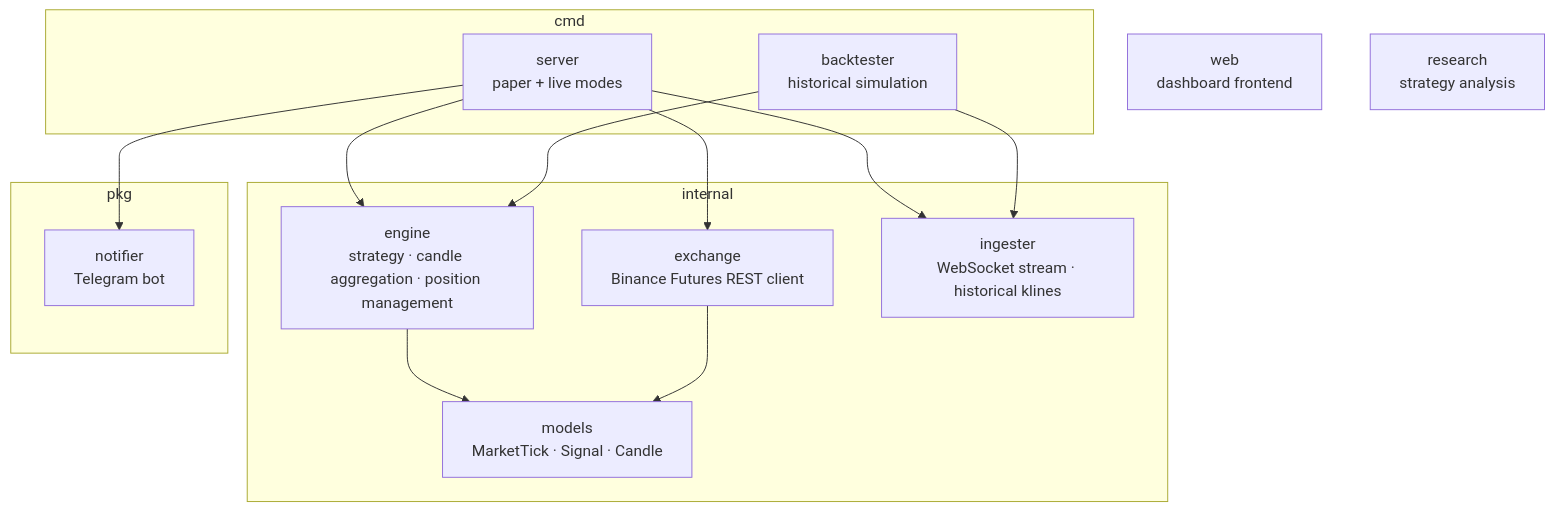
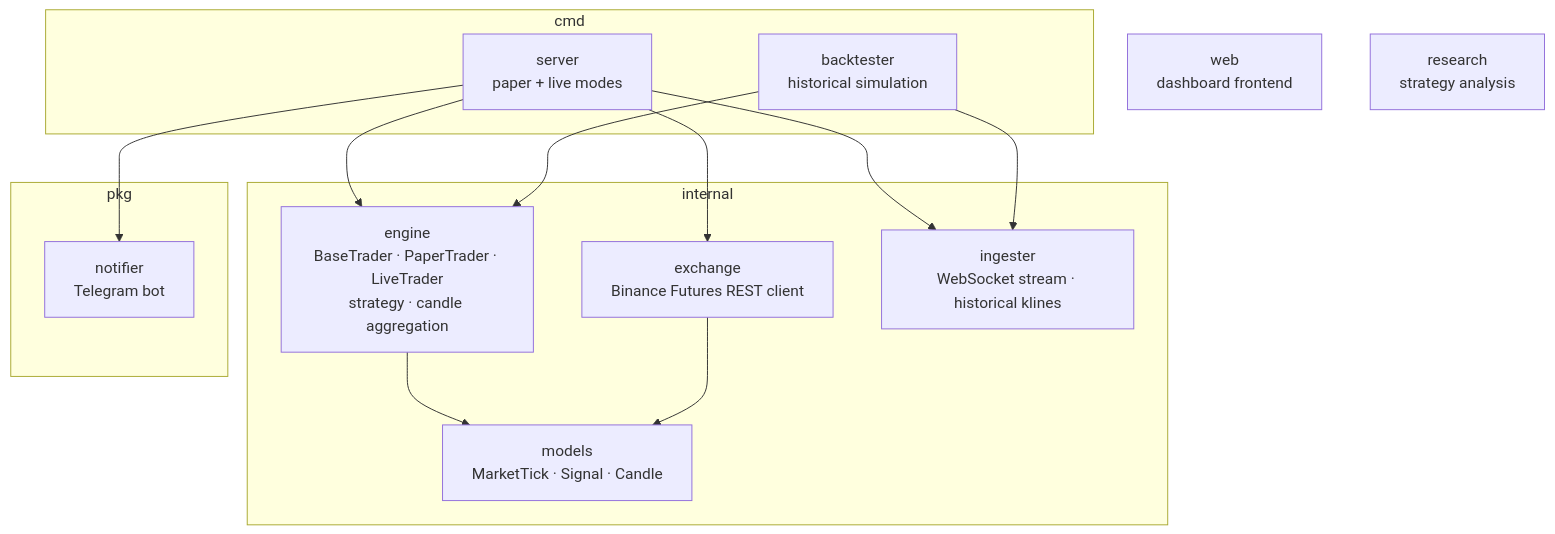
One commit to PapaDaCodr/kryptic-gopha changed the first of 2 diagrams in README.md. Above: the diagram before and after it, drawn with Mermaid. The commit also changed other lines of this file and 10 other files, not shown here.

First line of the commit message:
feat: BaseTrader refactor, testnet integration, local exit management

````diff
--- a/README.md
+++ b/README.md
@@ -9,30 +11,30 @@
 ```mermaid
 graph TD
     subgraph cmd
         SRV[server<br/>paper + live modes]
         BT[backtester<br/>historical simulation]
     end
 
     subgraph internal
-        ENG[engine<br/>strategy · candle aggregation · position management]
+        ENG[engine<br/>BaseTrader · PaperTrader · LiveTrader<br/>strategy · candle aggregation]
         EXC[exchange<br/>Binance Futures REST client]
         ING[ingester<br/>WebSocket stream · historical klines]
         MDL[models<br/>MarketTick · Signal · Candle]
     end
 
     subgraph pkg
         NOT[notifier<br/>Telegram bot]
     end
 
     WEB[web<br/>dashboard frontend]
     RES[research<br/>strategy analysis]
 
     SRV --> ENG
     SRV --> EXC
     SRV --> ING
     SRV --> NOT
     BT  --> ENG
     BT  --> ING
     ENG --> MDL
     EXC --> MDL
 ```
````
